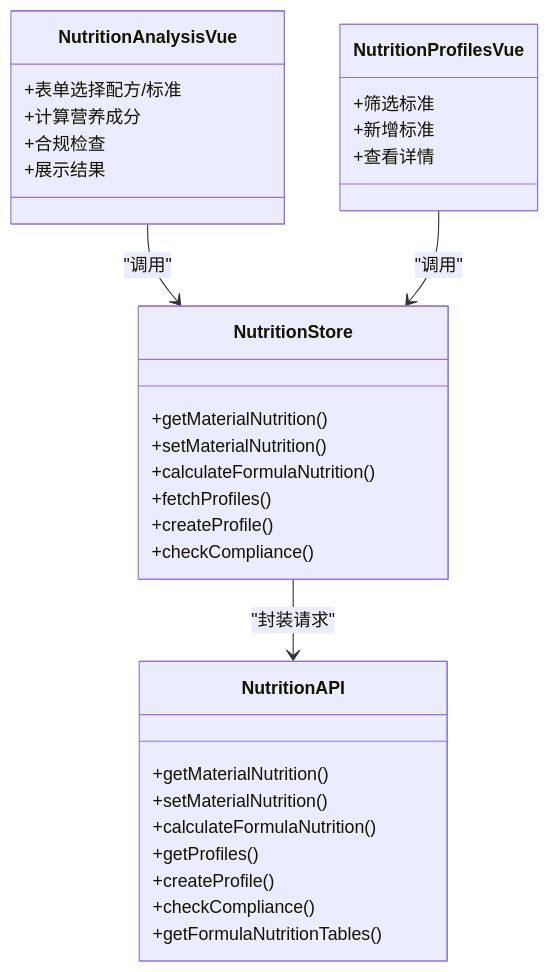
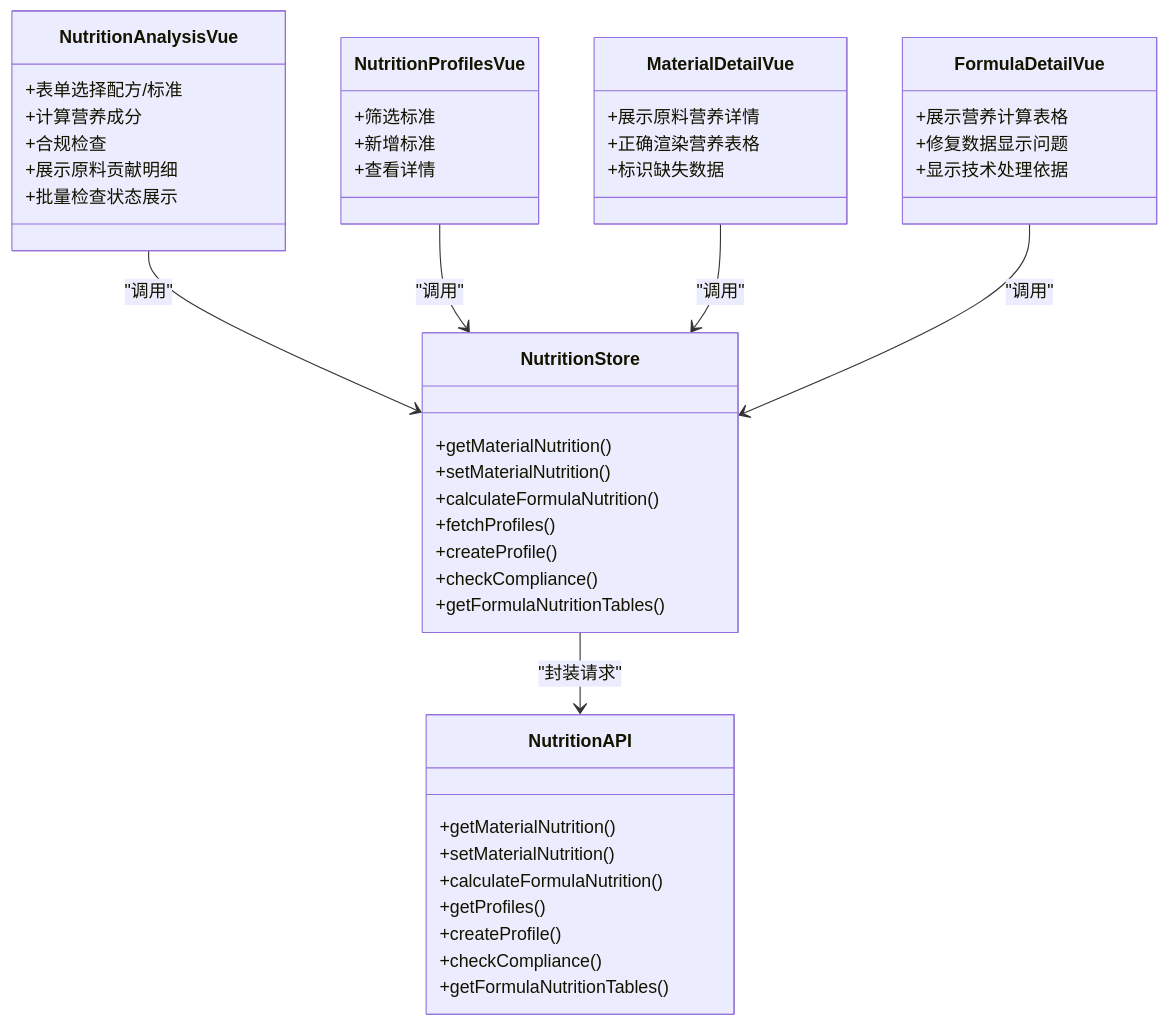
One commit to xpretycn/TingStudio changed the eighth of 10 diagrams in .qoder/repowiki/zh/content/核心功能模块/营养分析系统.md. Above: the diagram before and after it, drawn with Mermaid. The commit also changed other lines of this file and 56 other files, not shown here.

````diff
--- a/.qoder/repowiki/zh/content/核心功能模块/营养分析系统.md
+++ b/.qoder/repowiki/zh/content/核心功能模块/营养分析系统.md
@@ -268,34 +301,48 @@
 ```mermaid
 classDiagram
 class NutritionAnalysisVue {
 +表单选择配方/标准
 +计算营养成分
 +合规检查
-+展示结果
++展示原料贡献明细
++批量检查状态展示
 }
 class NutritionProfilesVue {
 +筛选标准
 +新增标准
 +查看详情
+}
+class MaterialDetailVue {
++展示原料营养详情
++正确渲染营养表格
++标识缺失数据
+}
+class FormulaDetailVue {
++展示营养计算表格
++修复数据显示问题
++显示技术处理依据
 }
 class NutritionStore {
 +getMaterialNutrition()
 +setMaterialNutrition()
 +calculateFormulaNutrition()
 +fetchProfiles()
 +createProfile()
 +checkCompliance()
++getFormulaNutritionTables()
 }
 class NutritionAPI {
 +getMaterialNutrition()
 +setMaterialNutrition()
 +calculateFormulaNutrition()
 +getProfiles()
 +createProfile()
 +checkCompliance()
 +getFormulaNutritionTables()
 }
 NutritionAnalysisVue --> NutritionStore : "调用"
 NutritionProfilesVue --> NutritionStore : "调用"
+MaterialDetailVue --> NutritionStore : "调用"
+FormulaDetailVue --> NutritionStore : "调用"
 NutritionStore --> NutritionAPI : "封装请求"
 ```
````
